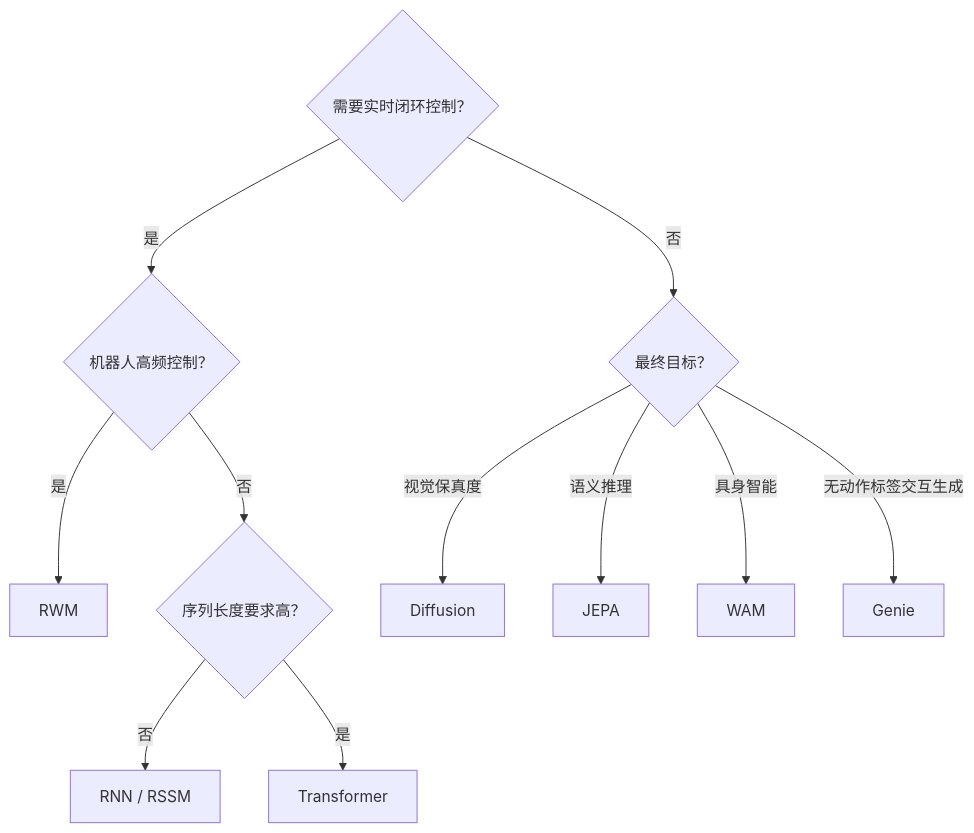
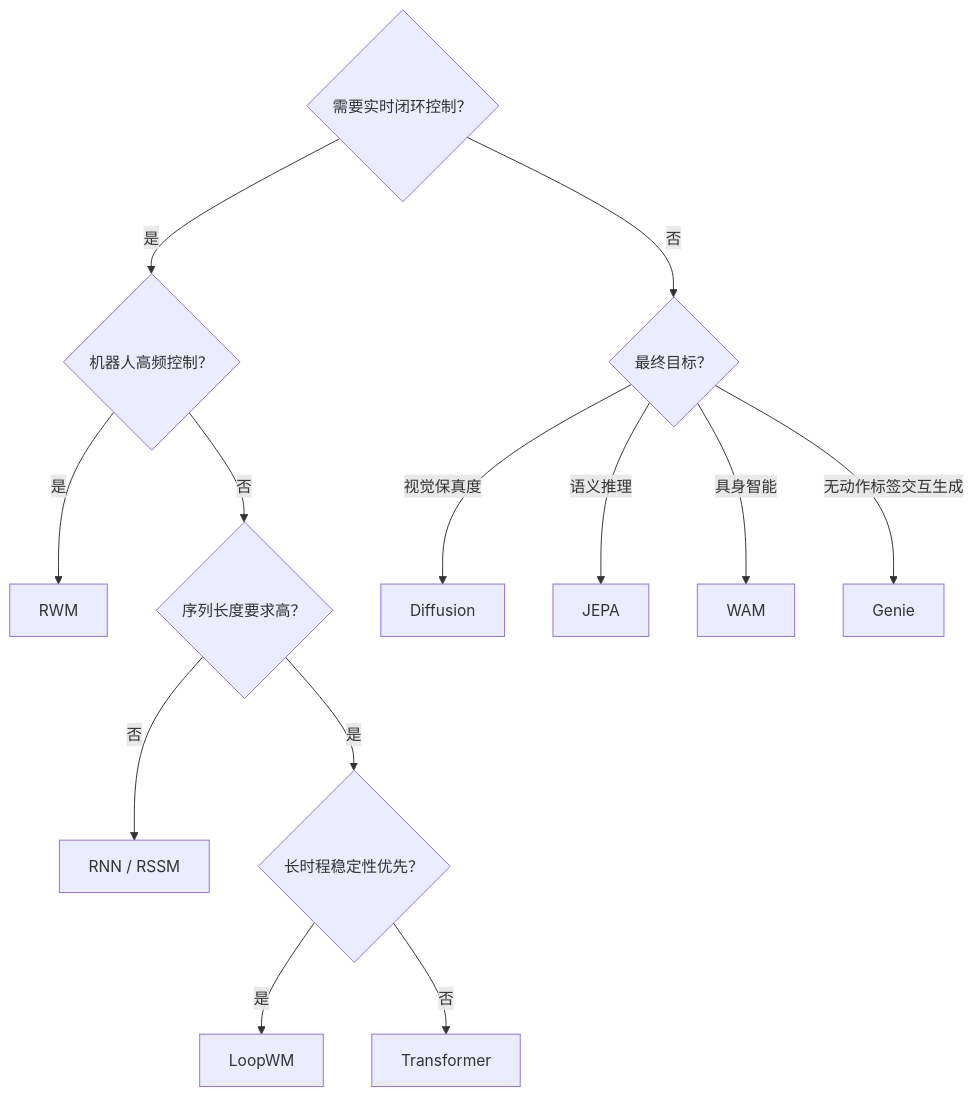
Before and after one commit to datawhalechina/learn-world-model: the diagram in docs/zh/lectures/lecture-03-architecture-patterns/03-architectures-genie-wam.md, drawn with Mermaid. The commit also changed other lines of this file and 8 other files, not shown here.

````diff
--- a/docs/zh/lectures/lecture-03-architecture-patterns/03-architectures-genie-wam.md
+++ b/docs/zh/lectures/lecture-03-architecture-patterns/03-architectures-genie-wam.md
@@ -73,14 +91,16 @@
 ```mermaid
 flowchart TD
     Q1{需要实时闭环控制？}
     Q1 -->|是| Q2{机器人高频控制？}
     Q1 -->|否| Q3{最终目标？}
     Q2 -->|是| R1[RWM]
     Q2 -->|否| Q4{序列长度要求高？}
     Q4 -->|否| R2[RNN / RSSM]
-    Q4 -->|是| R3[Transformer]
-    Q3 -->|视觉保真度| R4[Diffusion]
-    Q3 -->|语义推理| R5[JEPA]
-    Q3 -->|具身智能| R6[WAM]
-    Q3 -->|无动作标签交互生成| R7[Genie]
+    Q4 -->|是| Q5{长时程稳定性优先？}
+    Q5 -->|是| R3[LoopWM]
+    Q5 -->|否| R4[Transformer]
+    Q3 -->|视觉保真度| R5[Diffusion]
+    Q3 -->|语义推理| R6[JEPA]
+    Q3 -->|具身智能| R7[WAM]
+    Q3 -->|无动作标签交互生成| R8[Genie]
 ```
````
